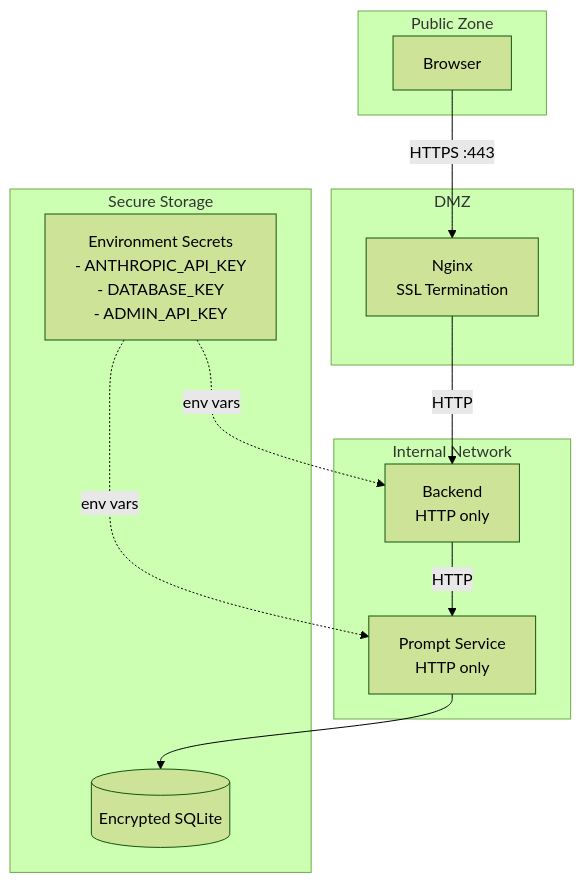
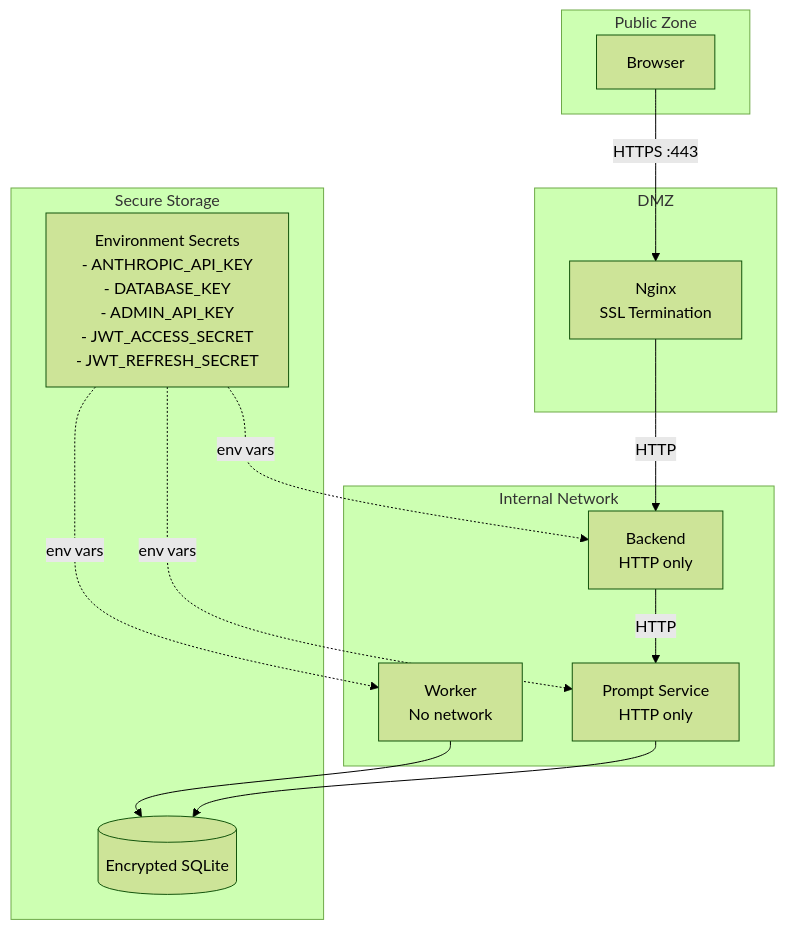
The seventh of 8 diagrams in docs/architecture.md (Oxilith/Votive), drawn with Mermaid (forest theme) before and after one commit. The commit also changed other lines of this file and 356 other files, not shown here.

````diff
--- a/docs/architecture.md
+++ b/docs/architecture.md
@@ -297,28 +371,31 @@
 ```mermaid
 flowchart TB
     subgraph PublicZone["Public Zone"]
         Browser["Browser"]
     end
 
     subgraph DMZ["DMZ"]
         Nginx["Nginx<br/>SSL Termination"]
     end
 
     subgraph InternalZone["Internal Network"]
         Backend["Backend<br/>HTTP only"]
         PromptService["Prompt Service<br/>HTTP only"]
+        Worker["Worker<br/>No network"]
     end
 
     subgraph SecureStorage["Secure Storage"]
         DB[("Encrypted SQLite")]
-        Secrets["Environment Secrets<br/>- ANTHROPIC_API_KEY<br/>- DATABASE_KEY<br/>- ADMIN_API_KEY"]
+        Secrets["Environment Secrets<br/>- ANTHROPIC_API_KEY<br/>- DATABASE_KEY<br/>- ADMIN_API_KEY<br/>- JWT_ACCESS_SECRET<br/>- JWT_REFRESH_SECRET"]
     end
 
     Browser -->|"HTTPS :443"| Nginx
     Nginx -->|"HTTP"| Backend
     Backend -->|"HTTP"| PromptService
     PromptService --> DB
+    Worker --> DB
 
     Secrets -.->|"env vars"| Backend
     Secrets -.->|"env vars"| PromptService
+    Secrets -.->|"env vars"| Worker
 ```
````
